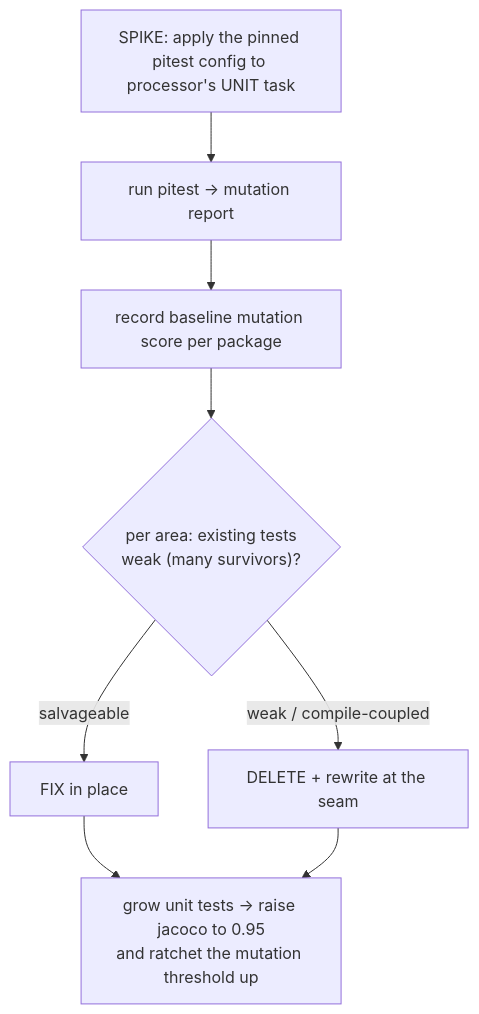
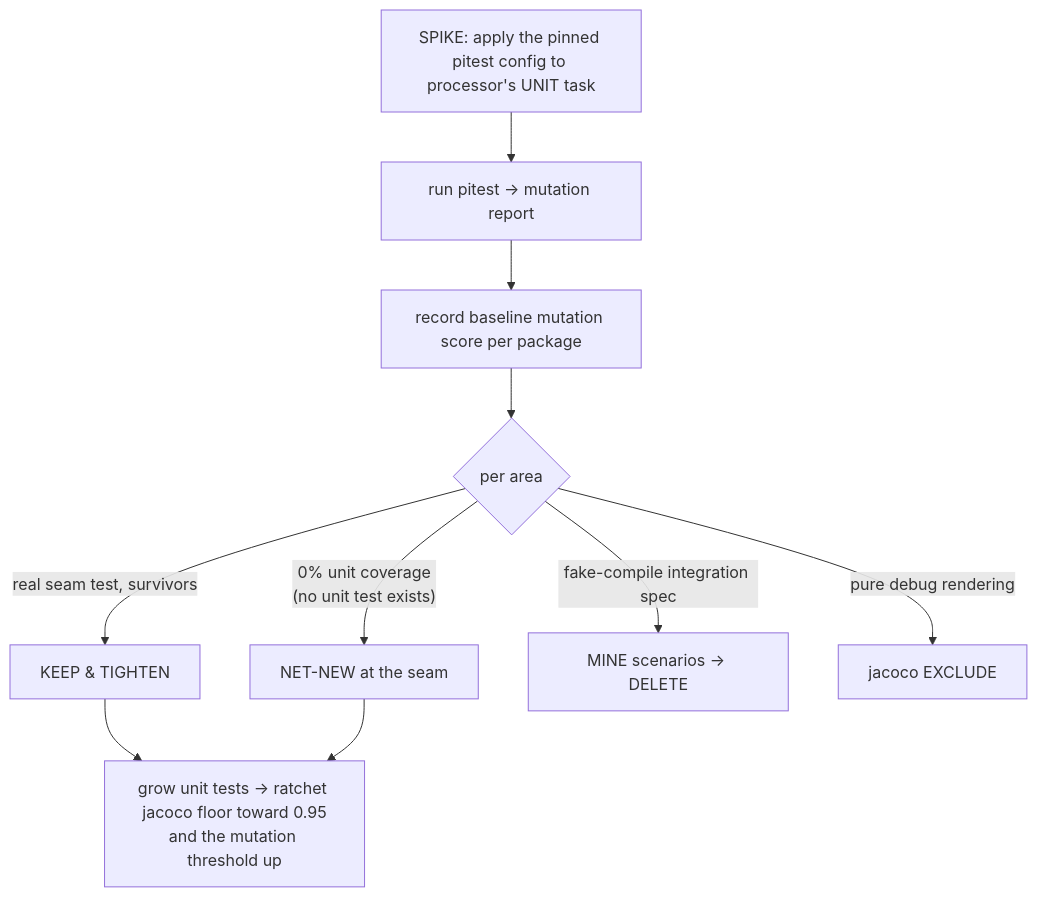
Before and after one commit to joke/percolate: the second of 2 diagrams in openspec/changes/harden-engine-as-library/design.md, drawn with Mermaid. The commit also changed other lines of this file and 50 other files, not shown here.

First line of the commit message:
test(processor): harden the engine as a library — seam unit tests, 95% branch + pitest

````diff
--- a/openspec/changes/harden-engine-as-library/design.md
+++ b/openspec/changes/harden-engine-as-library/design.md
@@ -69,10 +75,12 @@
 ```mermaid
 flowchart TD
     spike["SPIKE: apply the pinned pitest config to processor's UNIT task"] --> run["run pitest → mutation report"]
     run --> base["record baseline mutation score per package"]
-    base --> decide{"per area: existing tests<br/>weak (many survivors)?"}
-    decide -->|"salvageable"| fix["FIX in place"]
-    decide -->|"weak / compile-coupled"| rewrite["DELETE + rewrite at the seam"]
-    fix --> ratchet["grow unit tests → raise jacoco to 0.95<br/>and ratchet the mutation threshold up"]
-    rewrite --> ratchet
+    base --> decide{"per area"}
+    decide -->|"real seam test, survivors"| fix["KEEP &amp; TIGHTEN"]
+    decide -->|"0% unit coverage<br/>(no unit test exists)"| new["NET-NEW at the seam"]
+    decide -->|"fake-compile integration spec"| mine["MINE scenarios → DELETE"]
+    decide -->|"pure debug rendering"| excl["jacoco EXCLUDE"]
+    fix --> ratchet["grow unit tests → ratchet jacoco floor toward 0.95<br/>and the mutation threshold up"]
+    new --> ratchet
 ```
````
